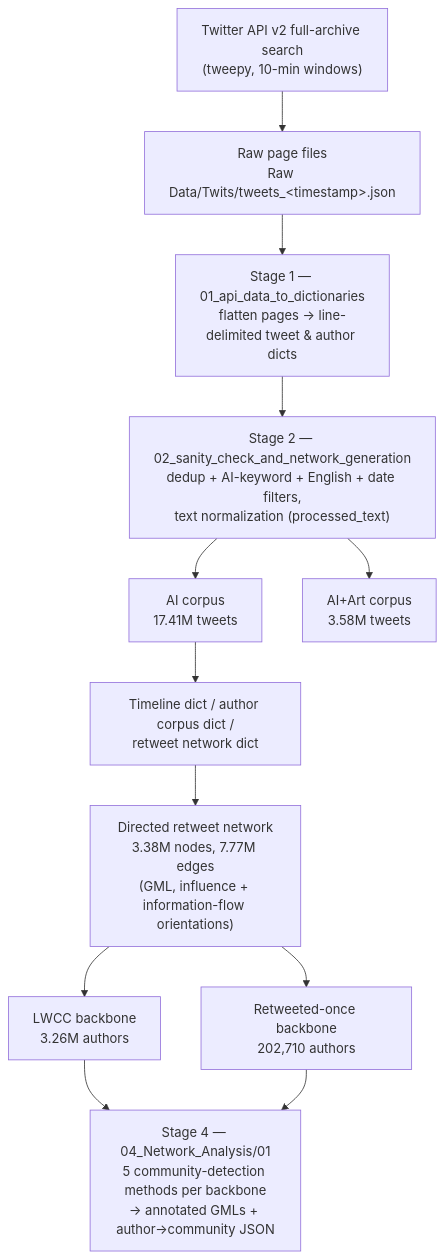
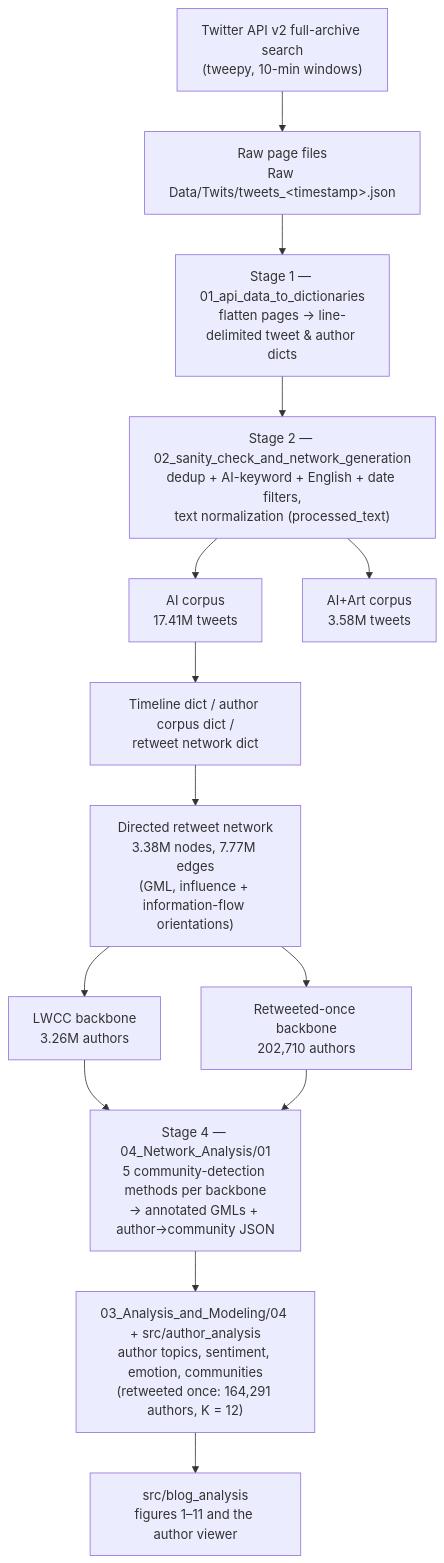
The diagram in docs/DATASET_STATISTICS.md (IgnacioOQ/twitter_ai), drawn with Mermaid before and after one commit. The commit also changed other lines of this file and 9 other files, not shown here.

First line of the commit message:
Bring pipeline docs and graph up to date with the author analysis

````diff
--- a/docs/DATASET_STATISTICS.md
+++ b/docs/DATASET_STATISTICS.md
@@ -21,14 +21,16 @@
 ```mermaid
 flowchart TD
     A["Twitter API v2 full-archive search<br/>(tweepy, 10-min windows)"] --> B["Raw page files<br/>Raw Data/Twits/tweets_&lt;timestamp&gt;.json"]
     B --> C["Stage 1 — 01_api_data_to_dictionaries<br/>flatten pages → line-delimited tweet & author dicts"]
     C --> D["Stage 2 — 02_sanity_check_and_network_generation<br/>dedup + AI-keyword + English + date filters,<br/>text normalization (processed_text)"]
     D --> E["AI corpus<br/>17.41M tweets"]
     D --> F["AI+Art corpus<br/>3.58M tweets"]
     E --> G["Timeline dict / author corpus dict /<br/>retweet network dict"]
     G --> H["Directed retweet network<br/>3.38M nodes, 7.77M edges<br/>(GML, influence + information-flow orientations)"]
     H --> I["LWCC backbone<br/>3.26M authors"]
     H --> J["Retweeted-once backbone<br/>202,710 authors"]
     I --> K["Stage 4 — 04_Network_Analysis/01<br/>5 community-detection methods per backbone<br/>→ annotated GMLs + author→community JSON"]
     J --> K
+    K --> L["03_Analysis_and_Modeling/04 + src/author_analysis<br/>author topics, sentiment, emotion, communities<br/>(retweeted once: 164,291 authors, K = 12)"]
+    L --> M["src/blog_analysis<br/>figures 1–11 and the author viewer"]
 ```
````
